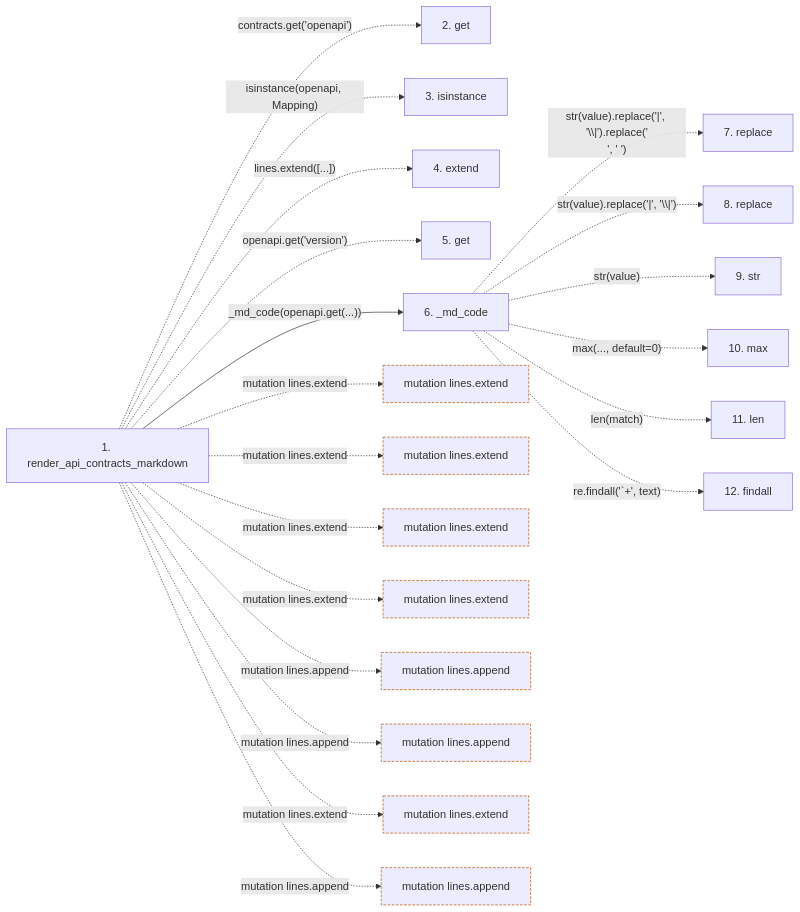
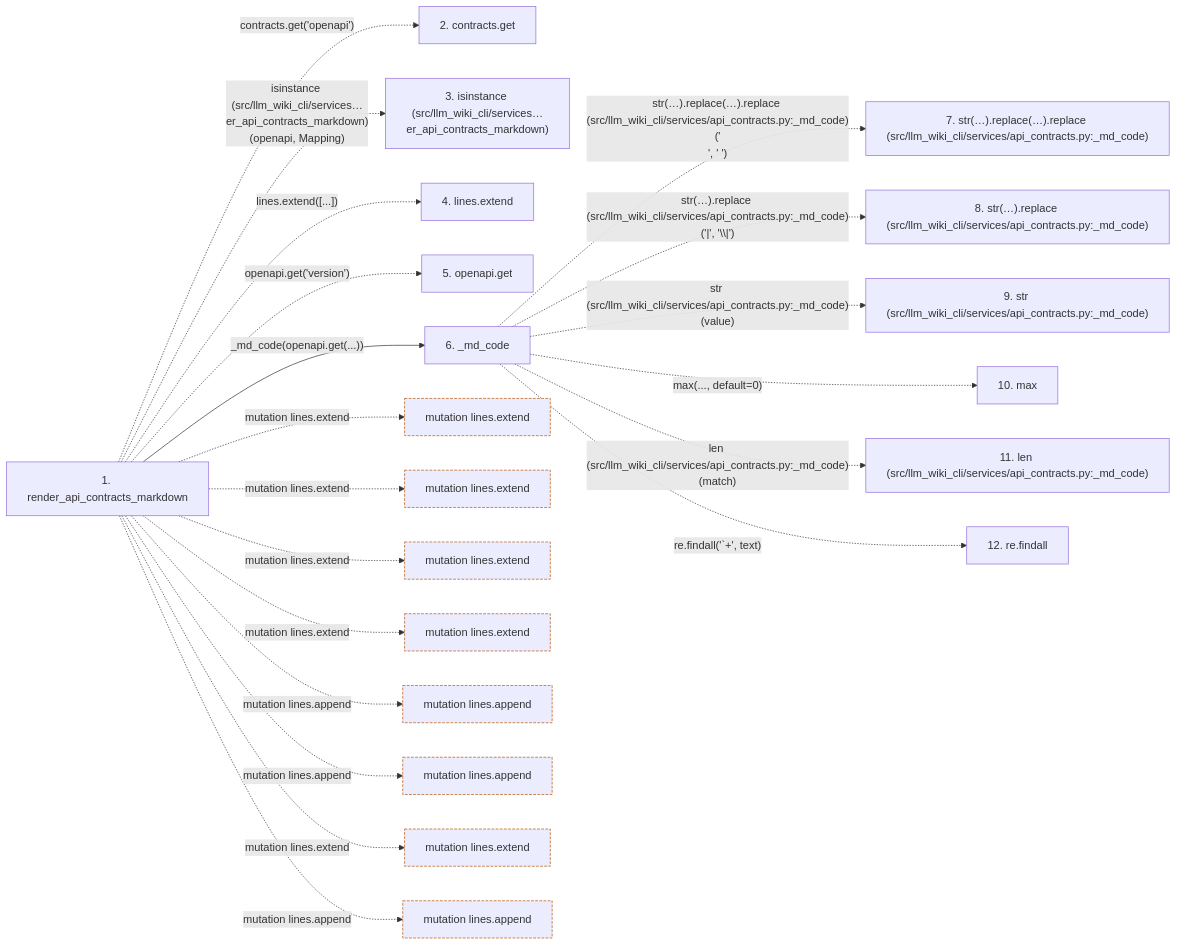
Before and after one commit to Denissvgn/python-wiki-llm: the second of 2 diagrams in docs/llm_wiki/flows/api-render_api_contracts_markdown.md, drawn with Mermaid. The commit also changed other lines of this file and 719 other files, not shown here.

````diff
--- a/docs/llm_wiki/flows/api-render_api_contracts_markdown.md
+++ b/docs/llm_wiki/flows/api-render_api_contracts_markdown.md
@@ -64,53 +71,53 @@
 ```mermaid
 flowchart LR
     s1["1. render_api_contracts_markdown"]
-    s2["2. get"]
-    s3["3. isinstance"]
-    s4["4. extend"]
-    s5["5. get"]
+    s2["2. contracts.get"]
+    s3["3. isinstance (src/llm_wiki_cli/services…er_api_contracts_markdown)"]
+    s4["4. lines.extend"]
+    s5["5. openapi.get"]
     s6["6. _md_code"]
-    s7["7. replace"]
-    s8["8. replace"]
-    s9["9. str"]
+    s7["7. str(…).replace(…).replace (src/llm_wiki_cli/services/api_contracts.py:_md_code)"]
+    s8["8. str(…).replace (src/llm_wiki_cli/services/api_contracts.py:_md_code)"]
+    s9["9. str (src/llm_wiki_cli/services/api_contracts.py:_md_code)"]
     s10["10. max"]
-    s11["11. len"]
-    s12["12. findall"]
+    s11["11. len (src/llm_wiki_cli/services/api_contracts.py:_md_code)"]
+    s12["12. re.findall"]
     s1 -. "contracts.get('openapi')" .-> s2
-    s1 -. "isinstance(openapi, Mapping)" .-> s3
+    s1 -. "isinstance (src/llm_wiki_cli/services…er_api_contracts_markdown)(openapi, Mapping)" .-> s3
     s1 -. "lines.extend([...])" .-> s4
     s1 -. "openapi.get('version')" .-> s5
     s1 -->|"_md_code(openapi.get(...))"| s6
-    s6 -. "str(value).replace('|', '\\|').replace('\n', ' ')" .-> s7
-    s6 -. "str(value).replace('|', '\\|')" .-> s8
-    s6 -. "str(value)" .-> s9
+    s6 -. "str(…).replace(…).replace (src/llm_wiki_cli/services/api_contracts.py:_md_code)('\n', ' ')" .-> s7
+    s6 -. "str(…).replace (src/llm_wiki_cli/services/api_contracts.py:_md_code)('|', '\\|')" .-> s8
+    s6 -. "str (src/llm_wiki_cli/services/api_contracts.py:_md_code)(value)" .-> s9
     s6 -. "max(..., default=0)" .-> s10
-    s6 -. "len(match)" .-> s11
+    s6 -. "len (src/llm_wiki_cli/services/api_contracts.py:_md_code)(match)" .-> s11
     s6 -. "re.findall('#96;+', text)" .-> s12
     b0["mutation lines.extend"]
     s1 -. "mutation lines.extend" .-> b0
     b1["mutation lines.extend"]
     s1 -. "mutation lines.extend" .-> b1
     b2["mutation lines.extend"]
     s1 -. "mutation lines.extend" .-> b2
     b3["mutation lines.extend"]
     s1 -. "mutation lines.extend" .-> b3
     b4["mutation lines.append"]
     s1 -. "mutation lines.append" .-> b4
     b5["mutation lines.append"]
     s1 -. "mutation lines.append" .-> b5
     b6["mutation lines.extend"]
     s1 -. "mutation lines.extend" .-> b6
     b7["mutation lines.append"]
     s1 -. "mutation lines.append" .-> b7
     click s1 "../modules/api_contracts.md"
     click s6 "../modules/api_contracts.md"
     classDef boundary stroke:#b45309,stroke-dasharray: 4 2
     class b0 boundary
     class b1 boundary
     class b2 boundary
     class b3 boundary
     class b4 boundary
     class b5 boundary
     class b6 boundary
     class b7 boundary
 ```
````
